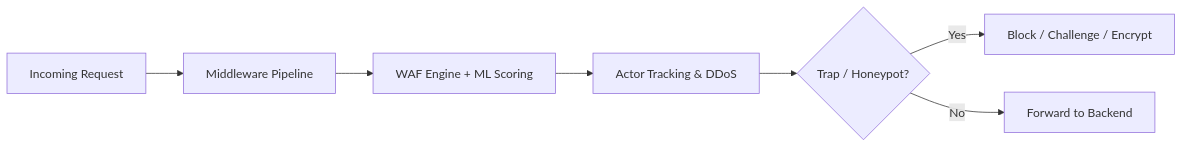
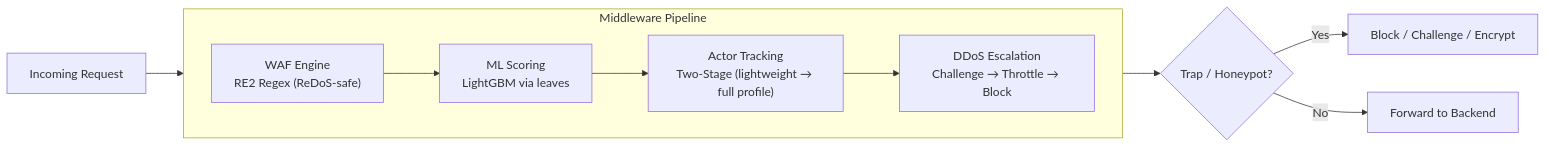
The second of 2 diagrams in README.md (koodoxz/tameng), drawn with Mermaid before and after one commit. The commit also changed other lines of this file, not shown here.

````diff
--- a/README.md
+++ b/README.md
@@ -511,9 +527,15 @@
 ```mermaid
 graph LR
-    Req[Incoming Request] --> Pipeline[Middleware Pipeline]
-    Pipeline --> WAF[WAF Engine + ML Scoring]
-    WAF --> Actor[Actor Tracking & DDoS]
-    Actor --> Deception{Trap / Honeypot?}
+    Req[Incoming Request] --> Pipeline
+
+    subgraph Pipeline[Middleware Pipeline]
+        direction LR
+        Regex["WAF Engine<br/>RE2 Regex (ReDoS-safe)"] --> ML["ML Scoring<br/>LightGBM via leaves"]
+        ML --> ActorTrack["Actor Tracking<br/>Two-Stage (lightweight → full profile)"]
+        ActorTrack --> DDoS["DDoS Escalation<br/>Challenge → Throttle → Block"]
+    end
+
+    Pipeline --> Deception{Trap / Honeypot?}
     Deception -- Yes --> Block[Block / Challenge / Encrypt]
     Deception -- No --> Backend[Forward to Backend]
 ```
````
